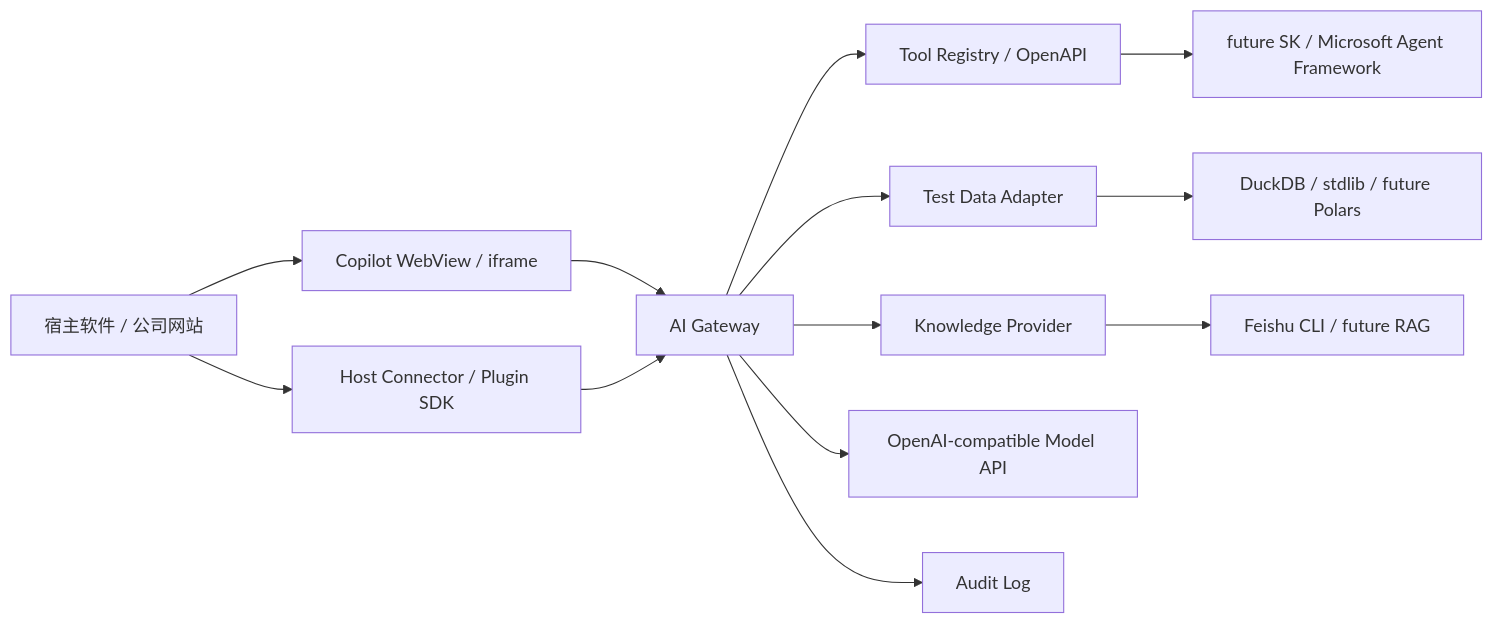
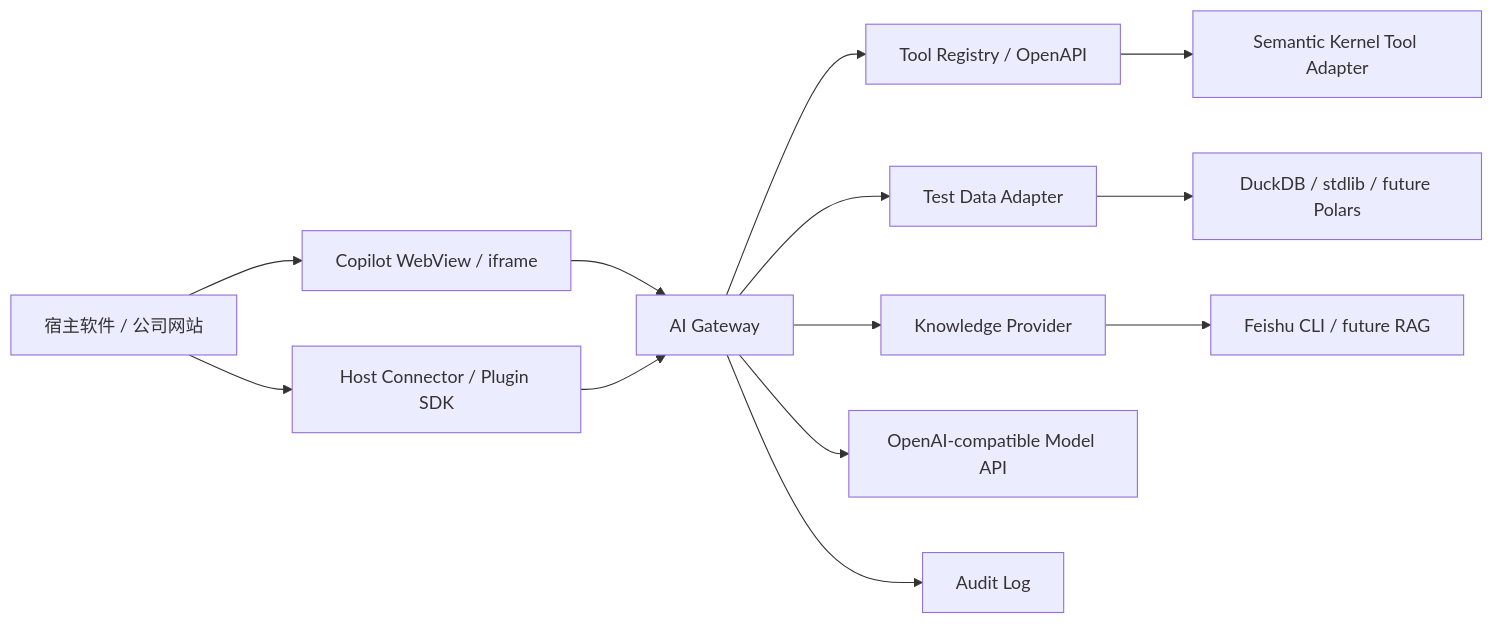
The diagram in docs/13-reusable-ai-plugin-development-plan.md (hmm956412886-dotcom/geely-ai-platform), drawn with Mermaid before and after one commit. The commit also changed other lines of this file and 24 other files, not shown here.

Commit message:
feat(gateway): orchestrate rest tools with semantic kernel

````diff
--- a/docs/13-reusable-ai-plugin-development-plan.md
+++ b/docs/13-reusable-ai-plugin-development-plan.md
@@ -47,15 +47,15 @@
 ```mermaid
 flowchart LR
     Host["宿主软件 / 公司网站"] --> Embed["Copilot WebView / iframe"]
     Host --> SDK["Host Connector / Plugin SDK"]
     Embed --> Gateway["AI Gateway"]
     SDK --> Gateway
     Gateway --> Tools["Tool Registry / OpenAPI"]
     Gateway --> Data["Test Data Adapter"]
     Gateway --> Knowledge["Knowledge Provider"]
     Gateway --> Model["OpenAI-compatible Model API"]
     Gateway --> Audit["Audit Log"]
     Data --> DuckDB["DuckDB / stdlib / future Polars"]
     Knowledge --> Feishu["Feishu CLI / future RAG"]
-    Tools --> SK["future SK / Microsoft Agent Framework"]
+    Tools --> SK["Semantic Kernel Tool Adapter"]
 ```
````
